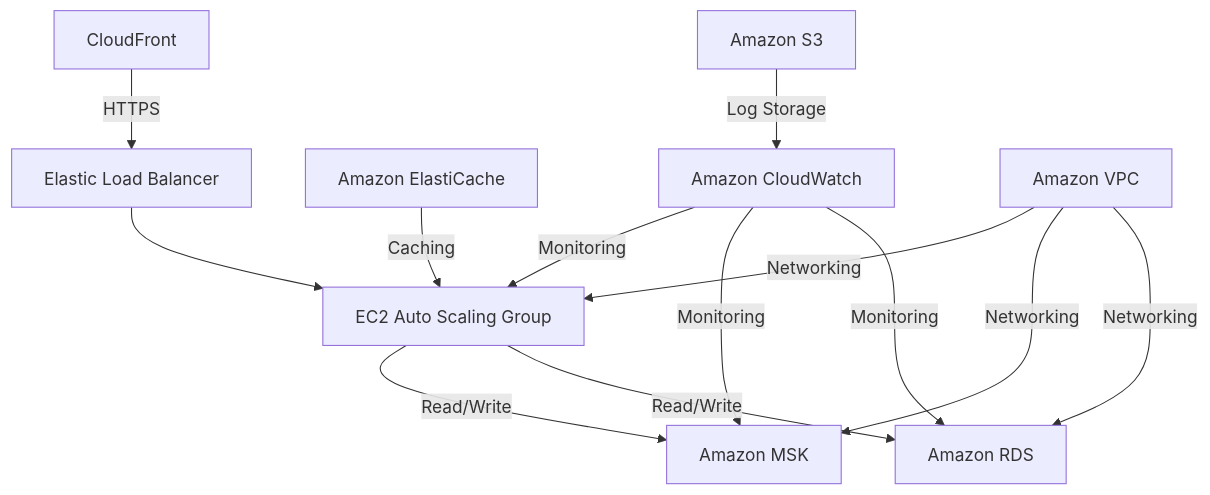
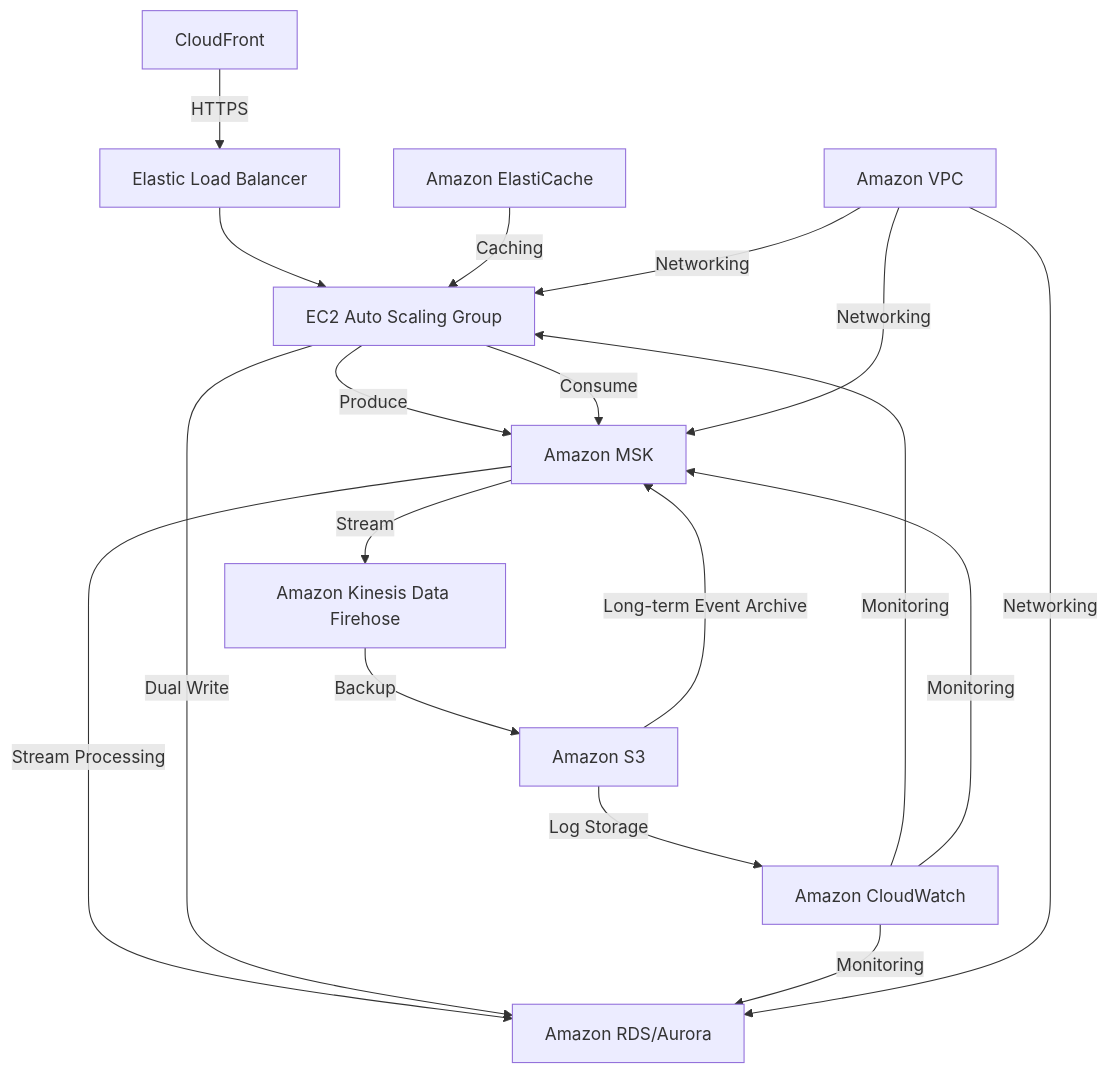
One commit to smtandabuzo/spring-kafka-demo changed the second of 2 diagrams in ARCHITECTURE.md. Above: the diagram before and after it, drawn with Mermaid. The commit also changed other lines of this file and 58 other files, not shown here.

Commit message:
Add architecture doc update, restructured project

````diff
--- a/ARCHITECTURE.md
+++ b/ARCHITECTURE.md
@@ -56,15 +58,20 @@
 ```mermaid
 graph TD
     A[CloudFront] -->|HTTPS| B[Elastic Load Balancer]
     B --> C[EC2 Auto Scaling Group]
-    C -->|Read/Write| D[Amazon MSK]
-    C -->|Read/Write| E[Amazon RDS]
+    C -->|Produce| D[Amazon MSK]
+    C -->|Consume| D
+    D -->|Stream Processing| E[Amazon RDS/Aurora]
+    C -->|Dual Write| E
     F[Amazon ElastiCache] -->|Caching| C
     G[Amazon CloudWatch] -->|Monitoring| C
     G -->|Monitoring| D
     G -->|Monitoring| E
     H[Amazon S3] -->|Log Storage| G
+    H -->|Long-term Event Archive| D
     I[Amazon VPC] -->|Networking| C
     I -->|Networking| D
     I -->|Networking| E
+    J[Amazon Kinesis Data Firehose] -->|Backup| H
+    D -->|Stream| J
 ```
````
